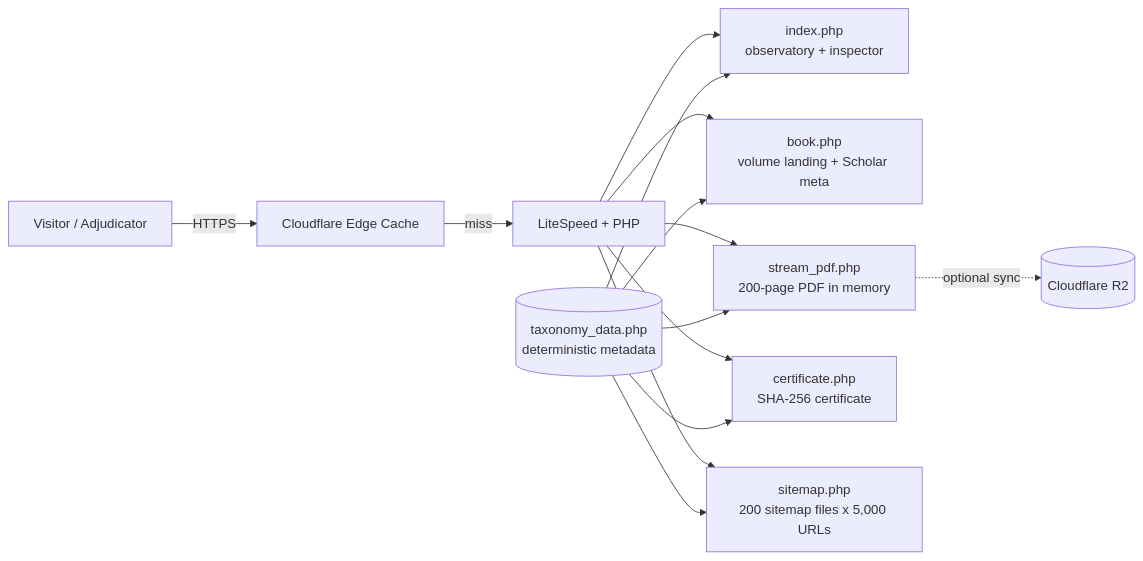
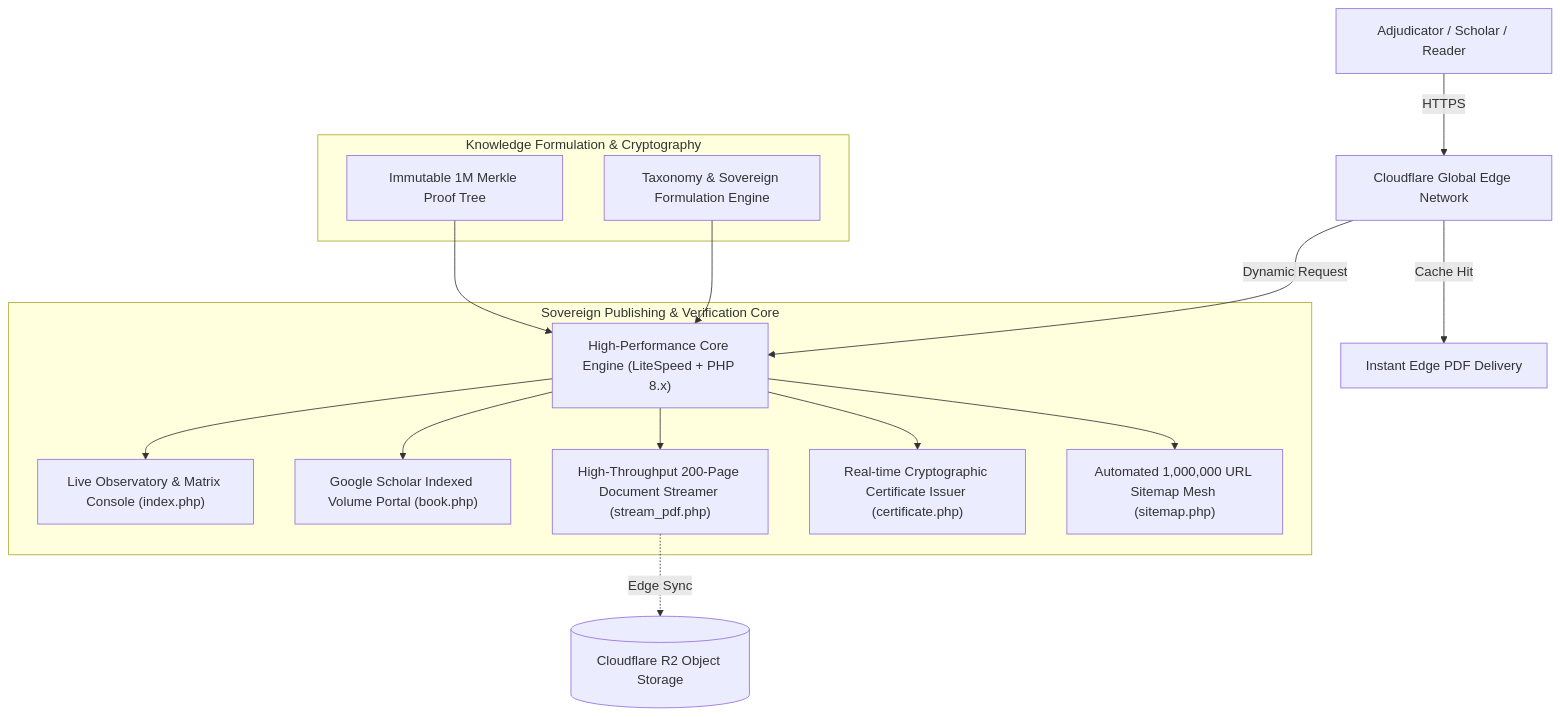
The diagram in README.md (ElNeMeR70/elnemer-1m-global-encyclopedia), drawn with Mermaid before and after one commit. The commit also changed other lines of this file, not shown here.

Commit message:
docs: Sovereign intellectual presentation of the 1,000,000-Volume Encyclopedia authored and engineered by Eng. Mahmoud Bek ElNemer

````diff
--- a/README.md
+++ b/README.md
@@ -49,12 +79,21 @@
 ```mermaid
-flowchart LR
-    V[Visitor / Adjudicator] -->|HTTPS| CF[Cloudflare Edge Cache]
-    CF -->|miss| LS[LiteSpeed + PHP]
-    LS --> IDX[index.php<br/>observatory + inspector]
-    LS --> BOOK[book.php<br/>volume landing + Scholar meta]
-    LS --> PDF[stream_pdf.php<br/>200-page PDF in memory]
-    LS --> CERT[certificate.php<br/>SHA-256 certificate]
-    LS --> SM[sitemap.php<br/>200 sitemap files x 5,000 URLs]
-    TAX[(taxonomy_data.php<br/>deterministic metadata)] --> IDX & BOOK & PDF & CERT & SM
-    PDF -. optional sync .-> R2[(Cloudflare R2)]
+flowchart TD
+    User["Adjudicator / Scholar / Reader"] -->|HTTPS| Edge["Cloudflare Global Edge Network"]
+    Edge -->|Cache Hit| Delivery["Instant Edge PDF Delivery"]
+    Edge -->|Dynamic Request| Engine["High-Performance Core Engine (LiteSpeed + PHP 8.x)"]
+    
+    subgraph Sovereign_Publishing_Core["Sovereign Publishing & Verification Core"]
+        Engine --> IDX["Live Observatory & Matrix Console (index.php)"]
+        Engine --> BOOK["Google Scholar Indexed Volume Portal (book.php)"]
+        Engine --> PDF["High-Throughput 200-Page Document Streamer (stream_pdf.php)"]
+        Engine --> CERT["Real-time Cryptographic Certificate Issuer (certificate.php)"]
+        Engine --> SITEMAP["Automated 1,000,000 URL Sitemap Mesh (sitemap.php)"]
+    end
+    
+    subgraph Academic_Taxonomy["Knowledge Formulation & Cryptography"]
+        TAX["Taxonomy & Sovereign Formulation Engine"] --> Engine
+        MERKLE["Immutable 1M Merkle Proof Tree"] --> Engine
+    end
+
+    PDF -. Edge Sync .-> Storage[("Cloudflare R2 Object Storage")]
 ```
````
